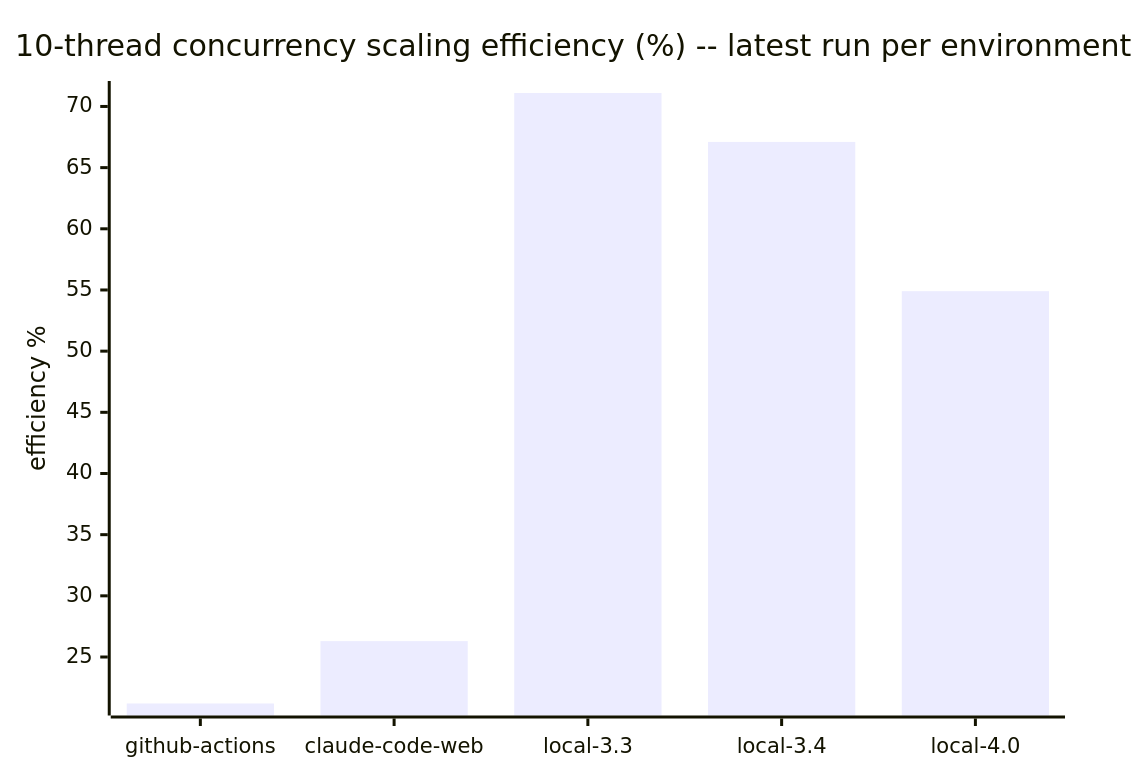
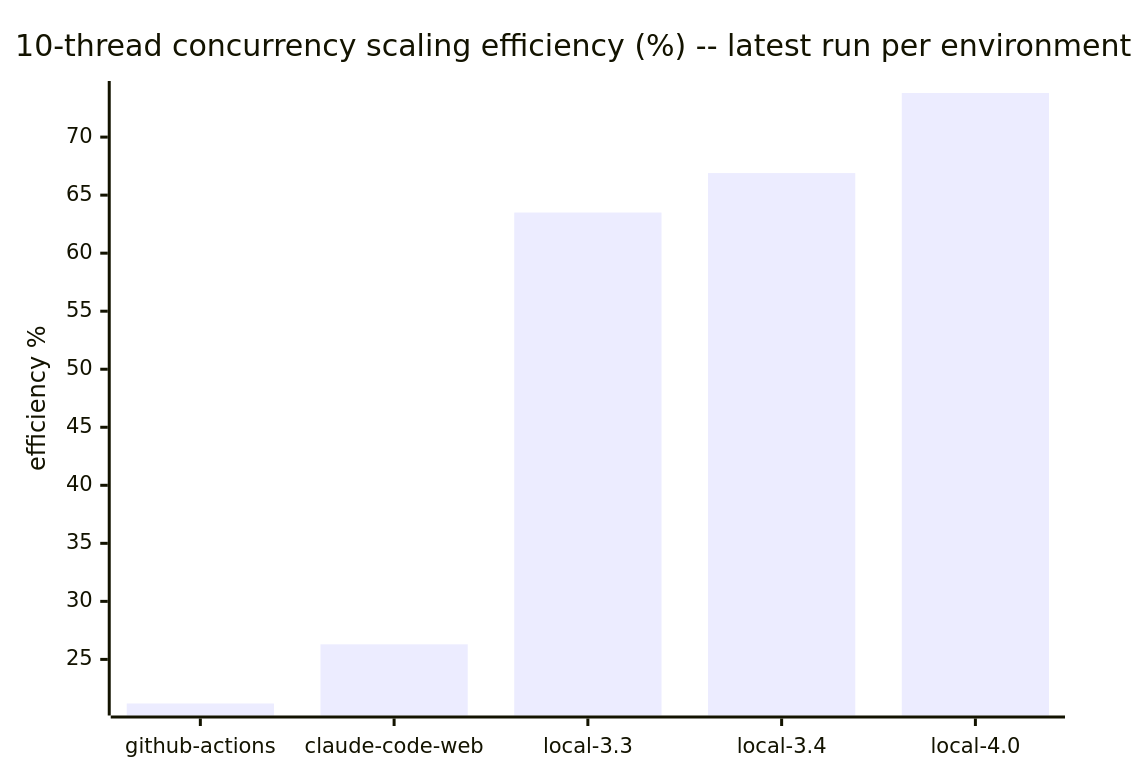
The seventh of 7 diagrams in docs/benchmarks/README.md (cpb/duckling), drawn with Mermaid before and after one commit. The commit also changed other lines of this file and 4 other files, not shown here.

````diff
--- a/docs/benchmarks/README.md
+++ b/docs/benchmarks/README.md
@@ -223,7 +223,7 @@
 ```mermaid
 xychart-beta
     title "10-thread concurrency scaling efficiency (%) -- latest run per environment"
     x-axis [github-actions, claude-code-web, local-3.3, local-3.4, local-4.0]
     y-axis "efficiency %"
-    bar "efficiency_pct" [21.2, 26.3, 71.1, 67.1, 54.9]
+    bar "efficiency_pct" [21.2, 26.3, 63.5, 66.9, 73.8]
 ```
````
